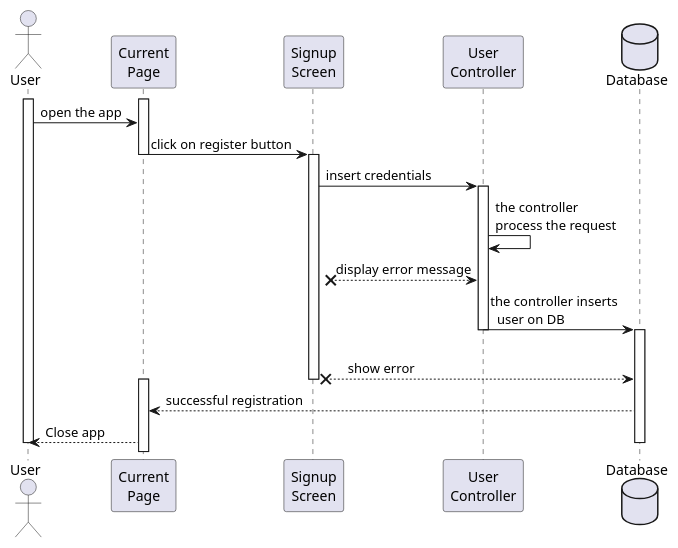
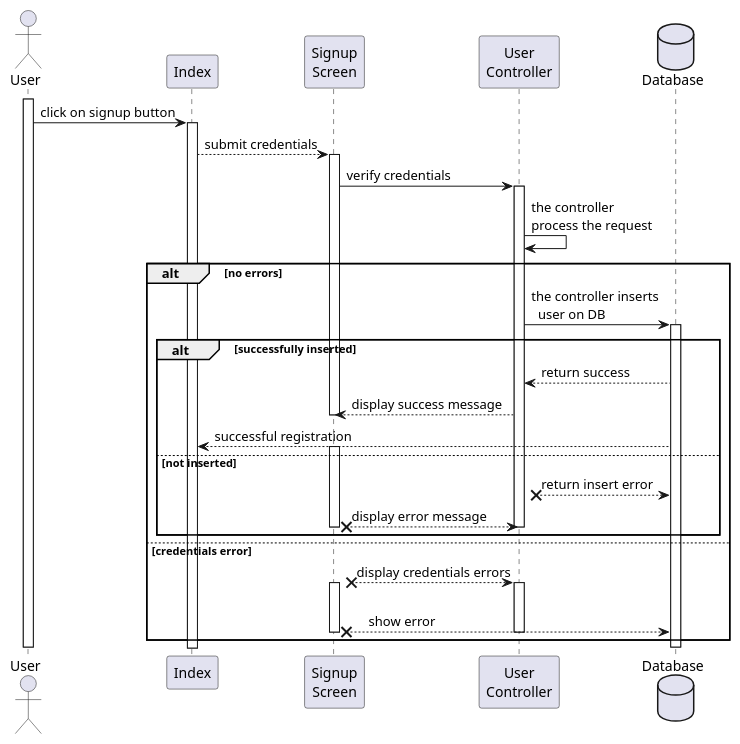
One commit to TommasoScalici/BnB changed the diagram in app-diagrams/sequence/user/signup.wsd. Above: the diagram before and after it, drawn with PlantUML. The commit also changed 2 other files, not shown here.

Commit message:
sequence diagram completed: signin, signup, logout

```diff
--- a/app-diagrams/sequence/user/signup.wsd
+++ b/app-diagrams/sequence/user/signup.wsd
@@ -1,33 +1,49 @@
 @startuml signup
 
 actor User
-participant "Current\nPage" as CurrentPage
+participant "Index" as Index
 participant "Signup\nScreen" as SignupScreen
 participant "User\nController" as UserController
 database Database
 
 activate User
-    activate CurrentPage
-        User -> CurrentPage: open the app
-        CurrentPage -> SignupScreen: click on register button
-    deactivate CurrentPage
 
+        
+    User -> Index: click on signup button
+    activate Index
+    Index --> SignupScreen: submit credentials
     activate SignupScreen
-        SignupScreen -> UserController: insert credentials
+        SignupScreen -> UserController: verify credentials
         activate UserController
         UserController -> UserController: the controller\nprocess the request
+        alt no errors
+        UserController -> Database: the controller inserts\n  user on DB
+        activate Database
+        alt successfully inserted
+        UserController <-- Database: return success
+        SignupScreen <-- UserController: display success message
+    deactivate SignupScreen
+    Index <-- Database: successful registration
+        else not inserted
+        activate SignupScreen
+        UserController x-- Database: return insert error
         SignupScreen x-- UserController: display error message
-        UserController -> Database: the controller inserts\n  user on DB
         deactivate UserController
+        
+        deactivate SignupScreen
+        end
+        else credentials error
+        SignupScreen x-- UserController: display credentials errors
+        activate SignupScreen
 
-        activate Database
+        activate UserController
         SignupScreen x-- Database : \n     show error
-    deactivate SignupScreen
-    activate CurrentPage
-    deactivate CurrentPage
-    CurrentPage <-- Database: successful registration
-    User <-- CurrentPage: Close app
+        deactivate UserController
+        deactivate SignupScreen
+  
+
+        end
     deactivate Database
 deactivate User
 
 @enduml
```
